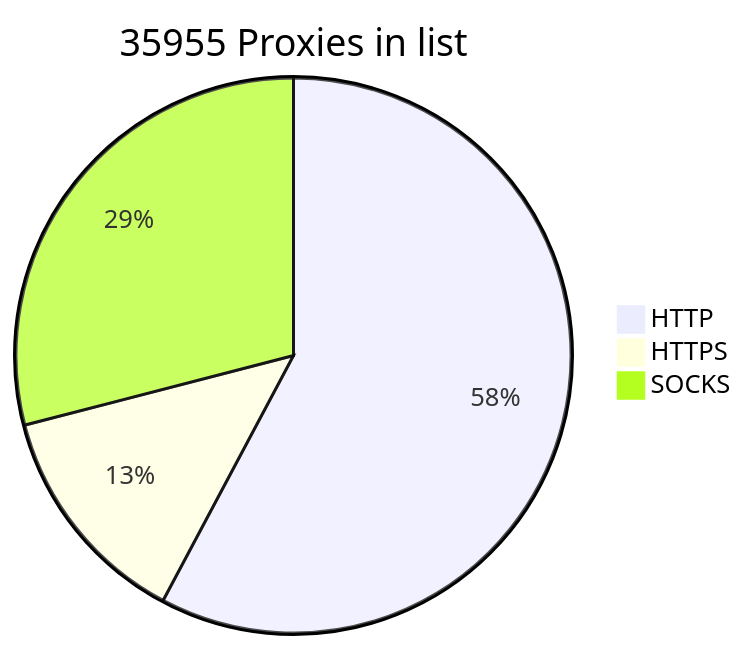
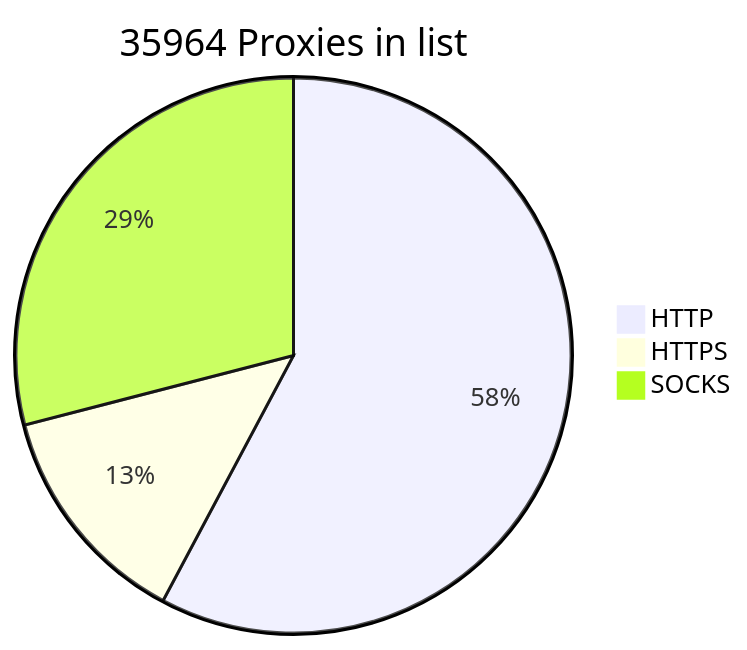
The diagram in README.md (BlackSnowDot/proxylist-update-every-minute), drawn with Mermaid before and after one commit.

````diff
--- a/README.md
+++ b/README.md
@@ -2,6 +2,6 @@
 ```mermaid
-pie title 35955 Proxies in list
-    "HTTP" : 23083
-    "HTTPS": 5265
+pie title 35964 Proxies in list
+    "HTTP" : 23084
+    "HTTPS": 5270
     "SOCKS" : 11597
 ```
````
